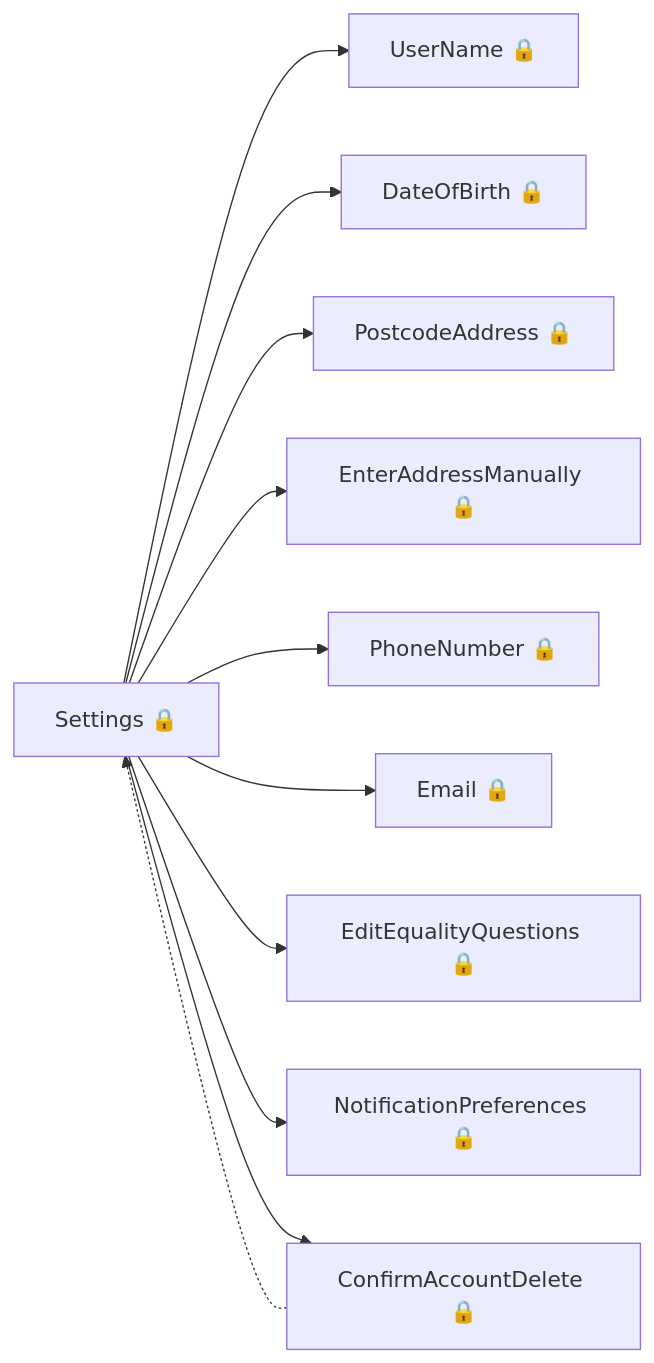
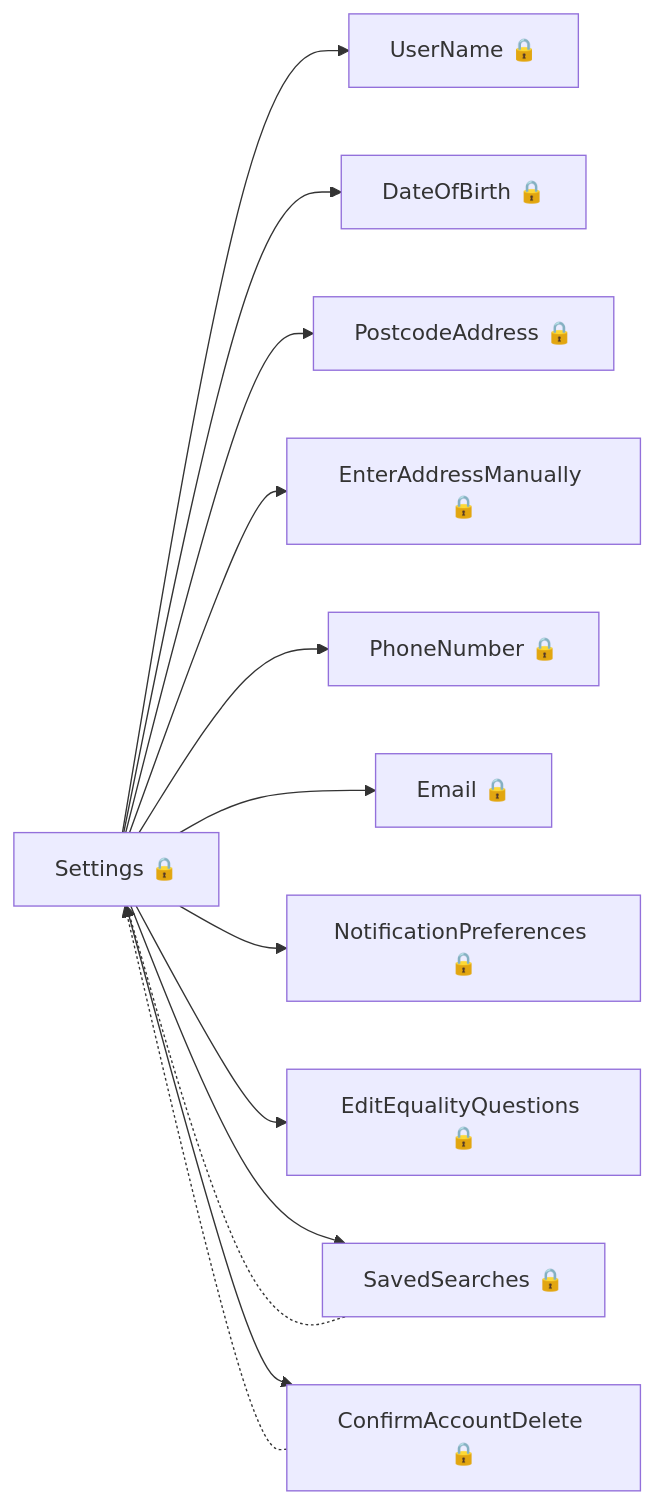
The third of 6 diagrams in das-findapprenticeship-web/user-journeys/user-journeys.md (talentconsulting/atlas-dfe), drawn with Mermaid before and after one commit. The commit also changed other lines of this file and 36 other files, not shown here.

````diff
--- a/das-findapprenticeship-web/user-journeys/user-journeys.md
+++ b/das-findapprenticeship-web/user-journeys/user-journeys.md
@@ -61,13 +64,15 @@
 ```mermaid
 flowchart LR
   p0["Settings 🔒"] --> p1["UserName 🔒"]
   p0["Settings 🔒"] --> p2["DateOfBirth 🔒"]
   p0["Settings 🔒"] --> p3["PostcodeAddress 🔒"]
   p0["Settings 🔒"] --> p4["EnterAddressManually 🔒"]
   p0["Settings 🔒"] --> p5["PhoneNumber 🔒"]
   p0["Settings 🔒"] --> p6["Email 🔒"]
-  p0["Settings 🔒"] --> p7["EditEqualityQuestions 🔒"]
-  p0["Settings 🔒"] --> p8["NotificationPreferences 🔒"]
-  p0["Settings 🔒"] --> p9["ConfirmAccountDelete 🔒"]
-  p9["ConfirmAccountDelete 🔒"] -.-> p0["Settings 🔒"]
+  p0["Settings 🔒"] --> p7["NotificationPreferences 🔒"]
+  p0["Settings 🔒"] --> p8["EditEqualityQuestions 🔒"]
+  p0["Settings 🔒"] --> p9["SavedSearches 🔒"]
+  p9["SavedSearches 🔒"] -.-> p0["Settings 🔒"]
+  p0["Settings 🔒"] --> p10["ConfirmAccountDelete 🔒"]
+  p10["ConfirmAccountDelete 🔒"] -.-> p0["Settings 🔒"]
 ```
````
